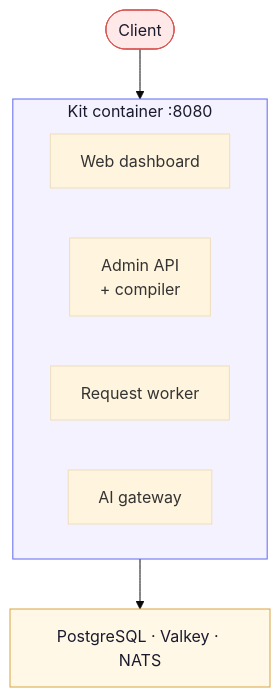
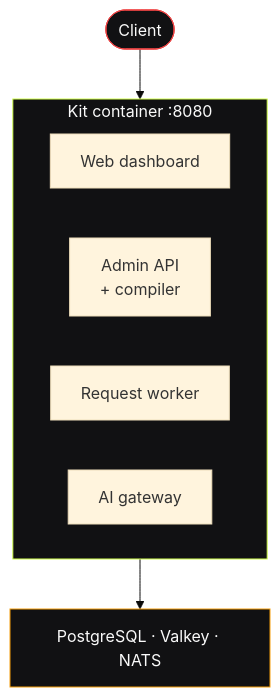
The first of 2 diagrams in docs/deployments/index.md (07prajwal2000/Fluxify), drawn with Mermaid (base theme) before and after one commit. The commit also changed other lines of this file and 44 other files, not shown here.

````diff
--- a/docs/deployments/index.md
+++ b/docs/deployments/index.md
@@ -57,16 +57,16 @@
 ```mermaid
 flowchart TB
     C(["Client"]) --> K
     subgraph K["Kit container :8080"]
         direction LR
         WEB["Web dashboard"]
         ADM["Admin API<br/>+ compiler"]
         WRK["Request worker"]
         AI["AI gateway"]
     end
     K --> BS["PostgreSQL · Valkey · NATS"]
 
-    style C fill:#ffe8e8,stroke:#d9534f,color:#1a1a2e
-    style K fill:#f4f2ff,stroke:#5f67ee,color:#1a1a2e
-    style BS fill:#fff8e6,stroke:#d9a441,color:#1a1a2e
+    style C fill:#111113,stroke:#EF4444,color:#FAFAFA
+    style K fill:#111113,stroke:#D2FF4D,color:#FAFAFA
+    style BS fill:#111113,stroke:#F59E0B,color:#FAFAFA
 ```
````
